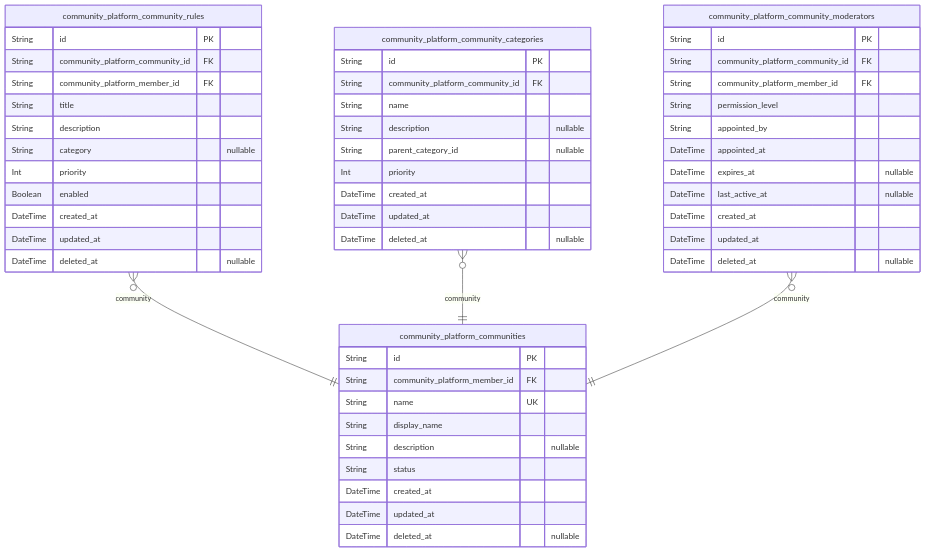
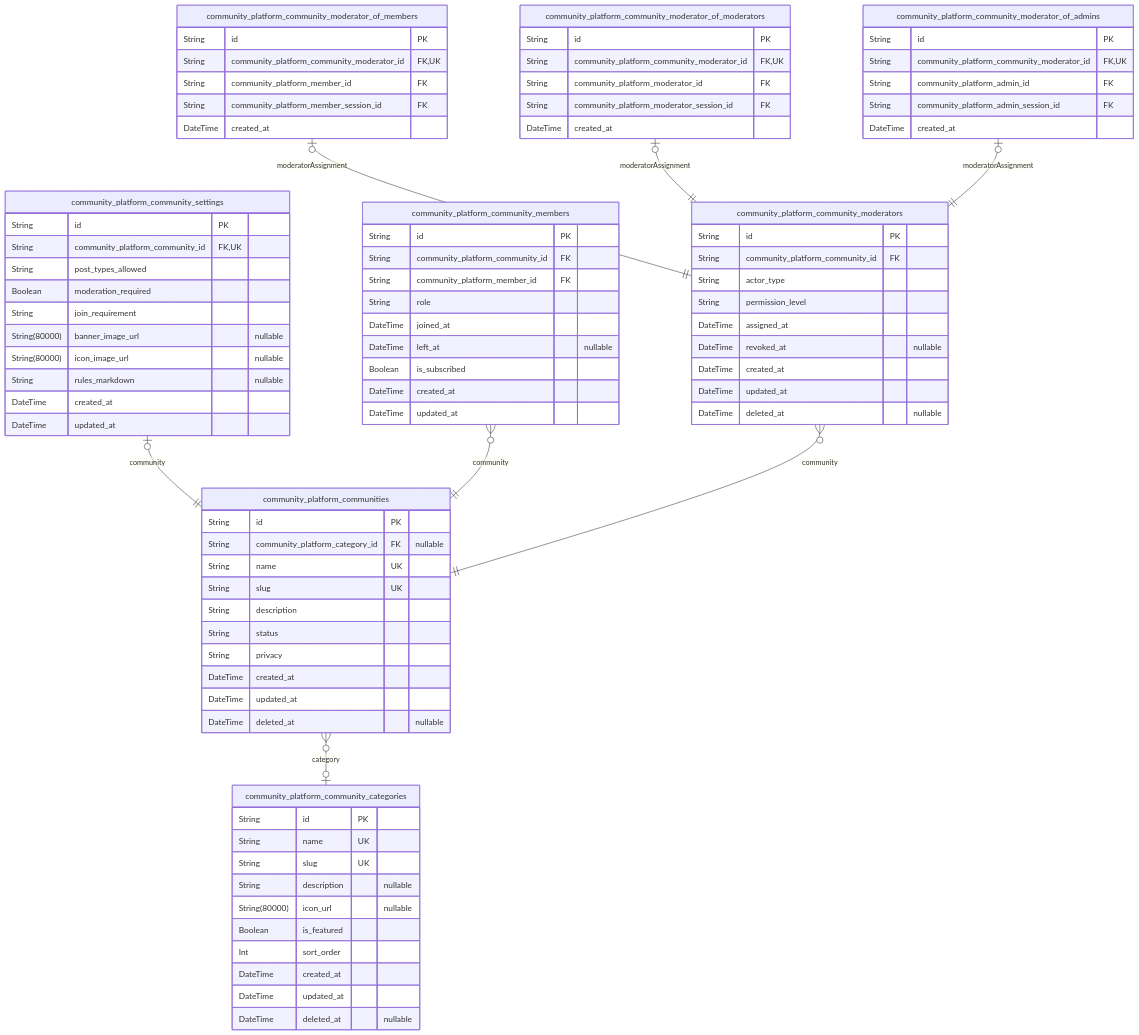
One commit to wrtnlabs/autobe-examples changed the third of 11 diagrams in deepseek/deepseek-v3.1-terminus-exacto/reddit/docs/ERD.md. Above: the diagram before and after it, drawn with Mermaid. The commit also changed other lines of this file and 7173 other files, not shown here.

````diff
--- a/deepseek/deepseek-v3.1-terminus-exacto/reddit/docs/ERD.md
+++ b/deepseek/deepseek-v3.1-terminus-exacto/reddit/docs/ERD.md
@@ -467,53 +572,88 @@
 erDiagram
 "community_platform_communities" {
   String id PK
-  String community_platform_member_id FK
+  String community_platform_category_id FK "nullable"
   String name UK
-  String display_name
-  String description "nullable"
+  String slug UK
+  String description
   String status
+  String privacy
   DateTime created_at
   DateTime updated_at
   DateTime deleted_at "nullable"
 }
-"community_platform_community_rules" {
+"community_platform_community_settings" {
+  String id PK
+  String community_platform_community_id FK,UK
+  String post_types_allowed
+  Boolean moderation_required
+  String join_requirement
+  String(80000) banner_image_url "nullable"
+  String(80000) icon_image_url "nullable"
+  String rules_markdown "nullable"
+  DateTime created_at
+  DateTime updated_at
+}
+"community_platform_community_members" {
   String id PK
   String community_platform_community_id FK
   String community_platform_member_id FK
-  String title
-  String description
-  String category "nullable"
-  Int priority
-  Boolean enabled
+  String role
+  DateTime joined_at
+  DateTime left_at "nullable"
+  Boolean is_subscribed
+  DateTime created_at
+  DateTime updated_at
+}
+"community_platform_community_moderators" {
+  String id PK
+  String community_platform_community_id FK
+  String actor_type
+  String permission_level
+  DateTime assigned_at
+  DateTime revoked_at "nullable"
   DateTime created_at
   DateTime updated_at
   DateTime deleted_at "nullable"
 }
 "community_platform_community_categories" {
   String id PK
-  String community_platform_community_id FK
-  String name
+  String name UK
+  String slug UK
   String description "nullable"
-  String parent_category_id "nullable"
-  Int priority
+  String(80000) icon_url "nullable"
+  Boolean is_featured
+  Int sort_order
   DateTime created_at
   DateTime updated_at
   DateTime deleted_at "nullable"
 }
-"community_platform_community_moderators" {
+"community_platform_community_moderator_of_members" {
   String id PK
-  String community_platform_community_id FK
+  String community_platform_community_moderator_id FK,UK
   String community_platform_member_id FK
-  String permission_level
-  String appointed_by
-  DateTime appointed_at
-  DateTime expires_at "nullable"
-  DateTime last_active_at "nullable"
+  String community_platform_member_session_id FK
   DateTime created_at
-  DateTime updated_at
-  DateTime deleted_at "nullable"
 }
-"community_platform_community_rules" }o--|| "community_platform_communities" : community
-"community_platform_community_categories" }o--|| "community_platform_communities" : community
+"community_platform_community_moderator_of_moderators" {
+  String id PK
+  String community_platform_community_moderator_id FK,UK
+  String community_platform_moderator_id FK
+  String community_platform_moderator_session_id FK
+  DateTime created_at
+}
+"community_platform_community_moderator_of_admins" {
+  String id PK
+  String community_platform_community_moderator_id FK,UK
+  String community_platform_admin_id FK
+  String community_platform_admin_session_id FK
+  DateTime created_at
+}
+"community_platform_communities" }o--o| "community_platform_community_categories" : category
+"community_platform_community_settings" |o--|| "community_platform_communities" : community
+"community_platform_community_members" }o--|| "community_platform_communities" : community
 "community_platform_community_moderators" }o--|| "community_platform_communities" : community
+"community_platform_community_moderator_of_members" |o--|| "community_platform_community_moderators" : moderatorAssignment
+"community_platform_community_moderator_of_moderators" |o--|| "community_platform_community_moderators" : moderatorAssignment
+"community_platform_community_moderator_of_admins" |o--|| "community_platform_community_moderators" : moderatorAssignment
 ```
````
